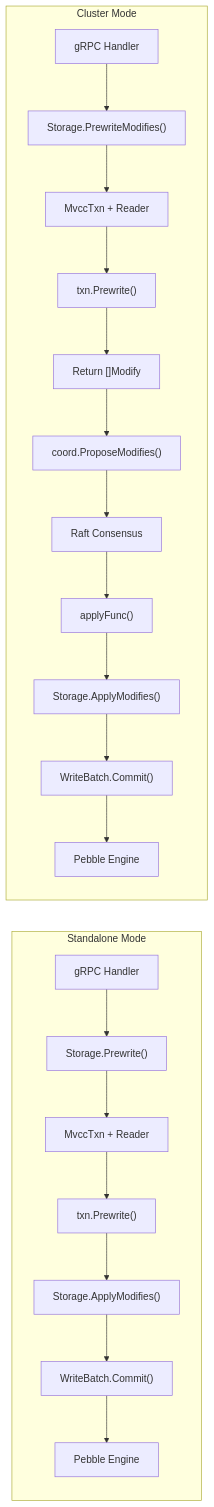
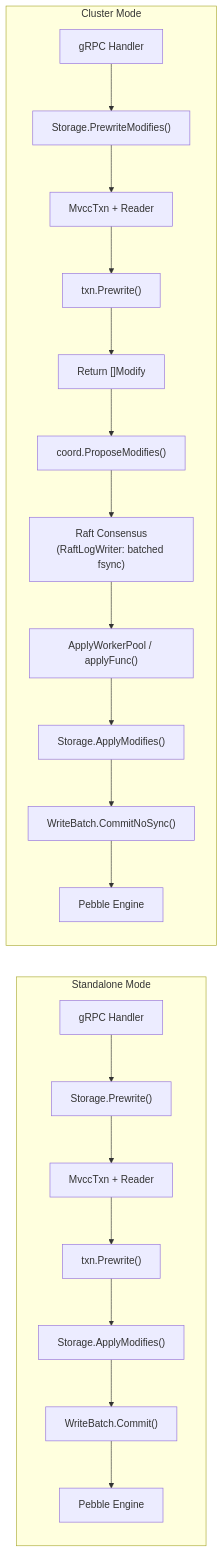
Before and after one commit to ryogrid/gookvs: diagram 12 of 14 in gookv-design/01_architecture_overview.md, drawn with Mermaid. The commit also changed other lines of this file and 17 other files, not shown here.

````diff
--- a/gookv-design/01_architecture_overview.md
+++ b/gookv-design/01_architecture_overview.md
@@ -1205,24 +1227,24 @@
 ```mermaid
 flowchart LR
     subgraph "Standalone Mode"
         S1["gRPC Handler"] --> S2["Storage.Prewrite()"]
         S2 --> S3["MvccTxn + Reader"]
         S3 --> S4["txn.Prewrite()"]
         S4 --> S5["Storage.ApplyModifies()"]
         S5 --> S6["WriteBatch.Commit()"]
         S6 --> S7["Pebble Engine"]
     end
 
     subgraph "Cluster Mode"
         C1["gRPC Handler"] --> C2["Storage.PrewriteModifies()"]
         C2 --> C3["MvccTxn + Reader"]
         C3 --> C4["txn.Prewrite()"]
         C4 --> C5["Return []Modify"]
         C5 --> C6["coord.ProposeModifies()"]
-        C6 --> C7["Raft Consensus"]
-        C7 --> C8["applyFunc()"]
+        C6 --> C7["Raft Consensus<br/>(RaftLogWriter: batched fsync)"]
+        C7 --> C8["ApplyWorkerPool / applyFunc()"]
         C8 --> C9["Storage.ApplyModifies()"]
-        C9 --> C10["WriteBatch.Commit()"]
+        C9 --> C10["WriteBatch.CommitNoSync()"]
         C10 --> C11["Pebble Engine"]
     end
 ```
````
